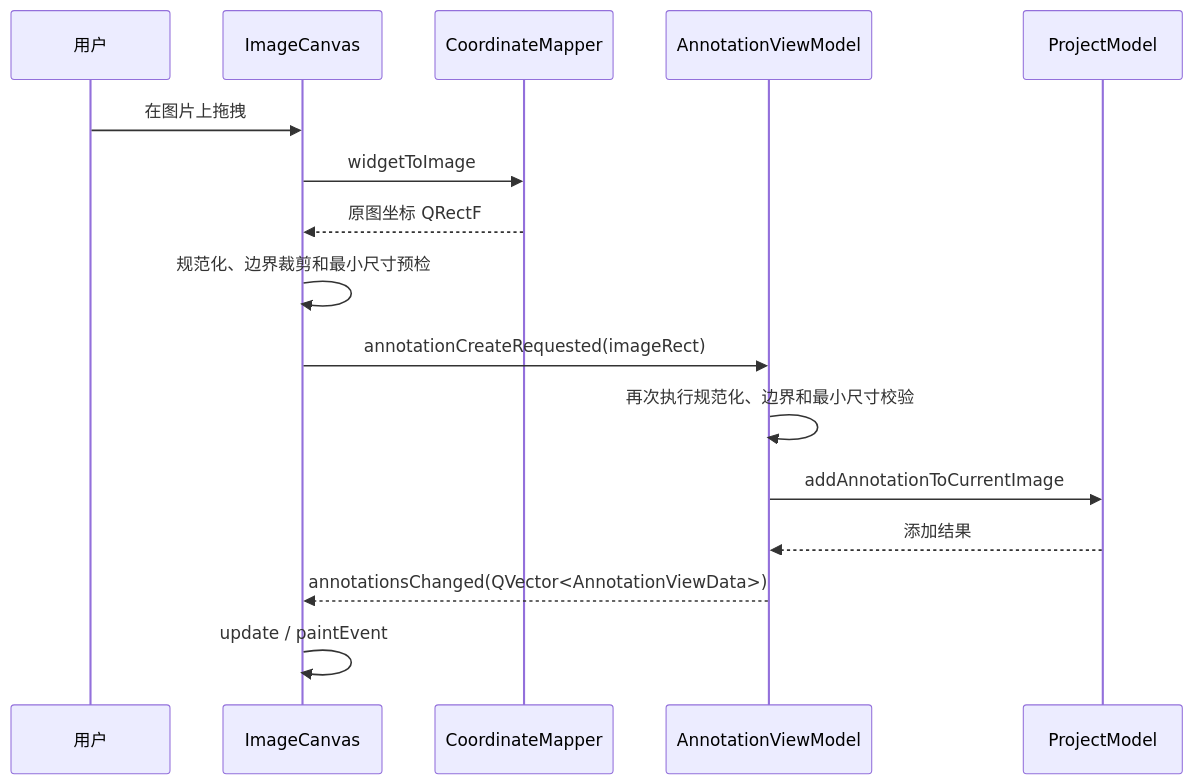
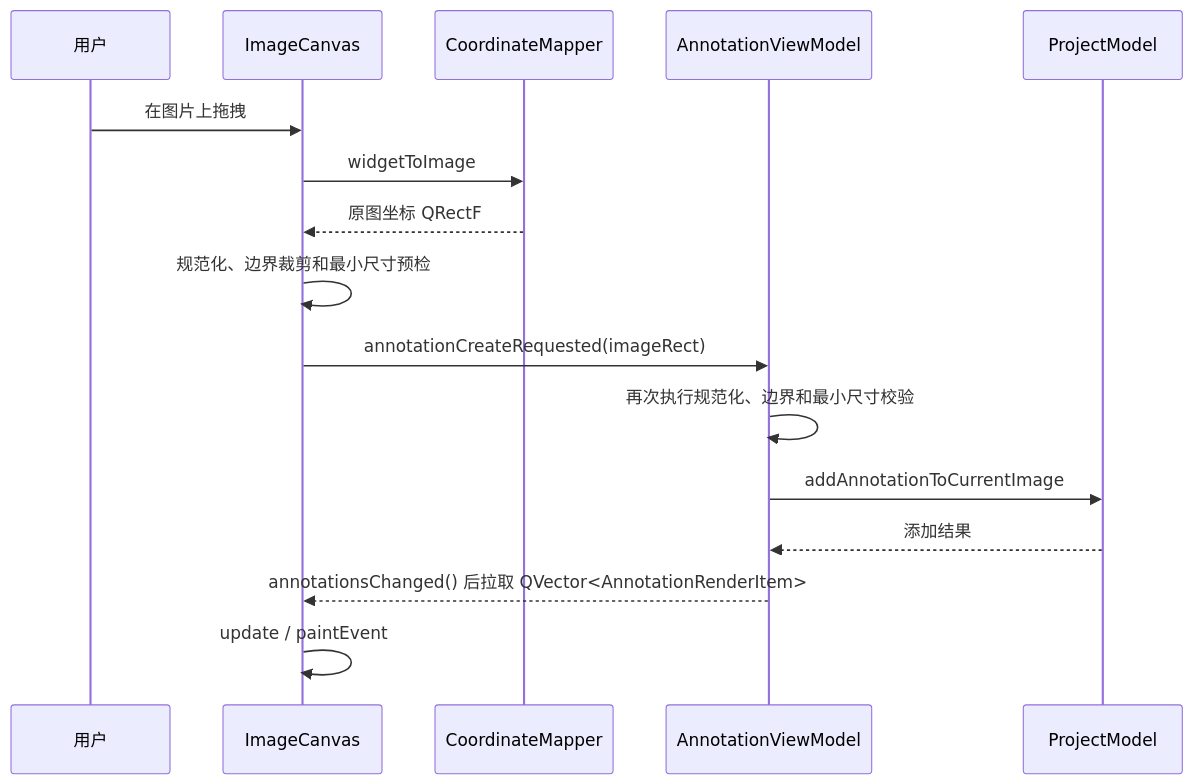
The third of 3 diagrams in docs/experiment-report-mid.md (serein6174/PixelTagger), drawn with Mermaid before and after one commit. The commit also changed 26 other files, not shown here.

````diff
--- a/docs/experiment-report-mid.md
+++ b/docs/experiment-report-mid.md
@@ -89,19 +89,19 @@
 ```mermaid
 sequenceDiagram
     participant U as 用户
     participant C as ImageCanvas
     participant Map as CoordinateMapper
     participant VM as AnnotationViewModel
     participant M as ProjectModel
 
     U->>C: 在图片上拖拽
     C->>Map: widgetToImage
     Map-->>C: 原图坐标 QRectF
     C->>C: 规范化、边界裁剪和最小尺寸预检
     C->>VM: annotationCreateRequested(imageRect)
     VM->>VM: 再次执行规范化、边界和最小尺寸校验
     VM->>M: addAnnotationToCurrentImage
     M-->>VM: 添加结果
-    VM-->>C: annotationsChanged(QVector<AnnotationViewData>)
+    VM-->>C: annotationsChanged() 后拉取 QVector<AnnotationRenderItem>
     C->>C: update / paintEvent
 ```
````
